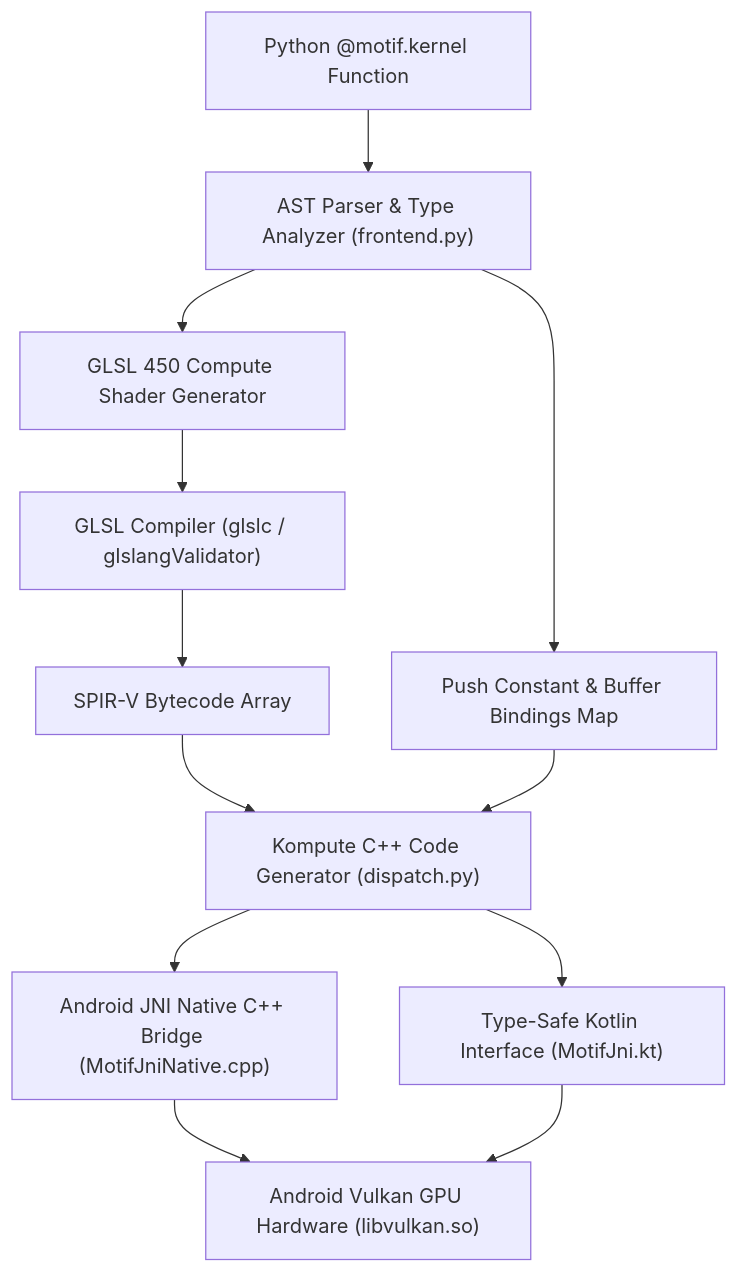
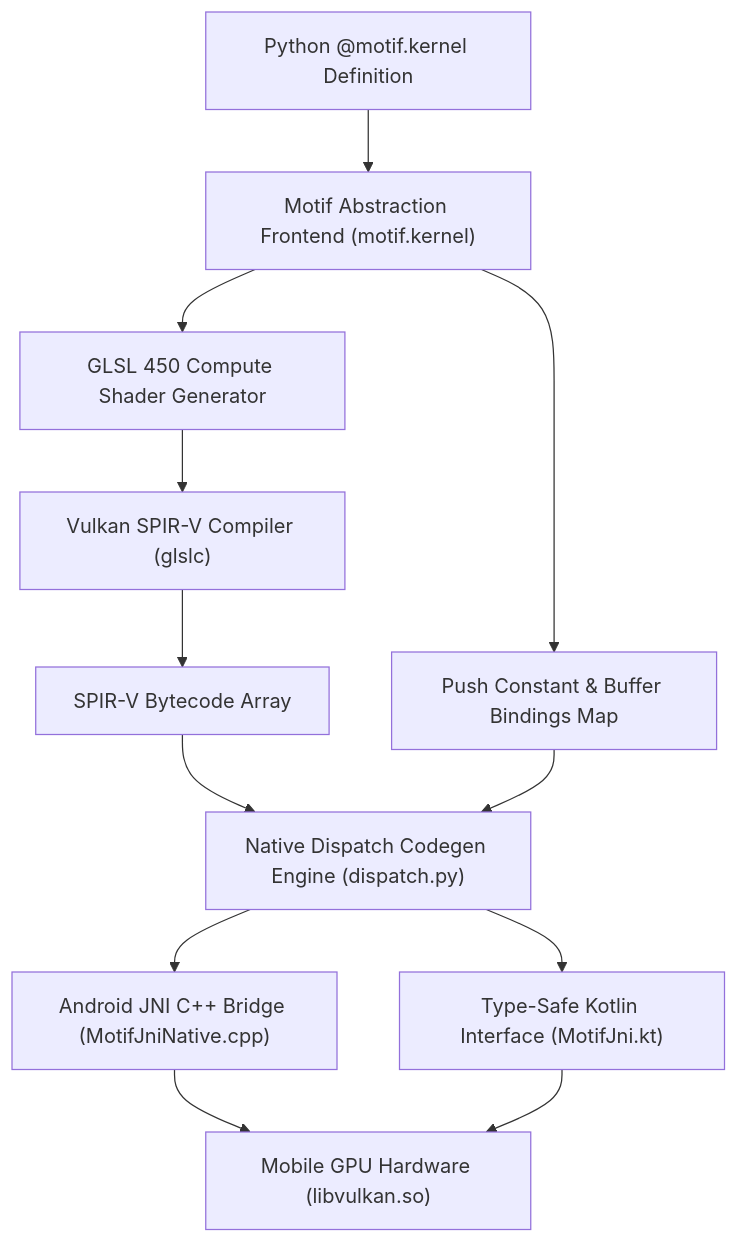
The diagram in README.md (Dox45/Motif), drawn with Mermaid before and after one commit. The commit also changed other lines of this file and 3 other files, not shown here.

````diff
--- a/README.md
+++ b/README.md
@@ -34,18 +36,18 @@
 ```mermaid
 flowchart TD
-    A["Python @motif.kernel Function"] --> B["AST Parser & Type Analyzer (frontend.py)"]
+    A["Python @motif.kernel Definition"] --> B["Motif Abstraction Frontend (motif.kernel)"]
     B --> C["GLSL 450 Compute Shader Generator"]
     B --> D["Push Constant & Buffer Bindings Map"]
     
-    C --> E["GLSL Compiler (glslc / glslangValidator)"]
+    C --> E["Vulkan SPIR-V Compiler (glslc)"]
     E --> F["SPIR-V Bytecode Array"]
     
-    F --> G["Kompute C++ Code Generator (dispatch.py)"]
+    F --> G["Native Dispatch Codegen Engine (dispatch.py)"]
     D --> G
     
-    G --> H["Android JNI Native C++ Bridge (MotifJniNative.cpp)"]
+    G --> H["Android JNI C++ Bridge (MotifJniNative.cpp)"]
     G --> I["Type-Safe Kotlin Interface (MotifJni.kt)"]
     
-    H --> J["Android Vulkan GPU Hardware (libvulkan.so)"]
+    H --> J["Mobile GPU Hardware (libvulkan.so)"]
     I --> J
 ```
````
